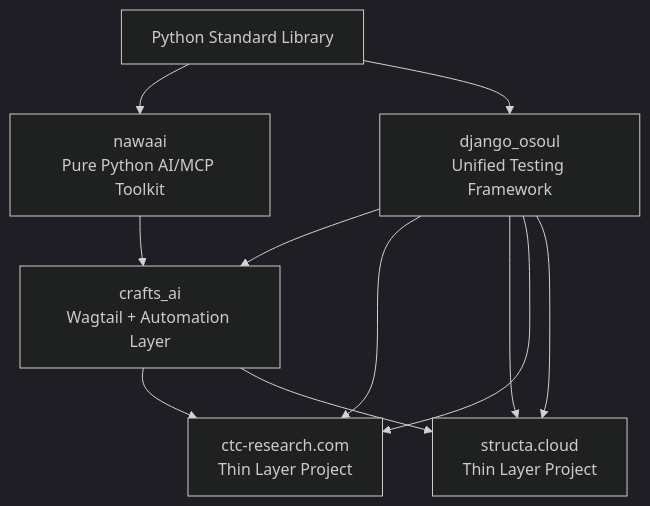
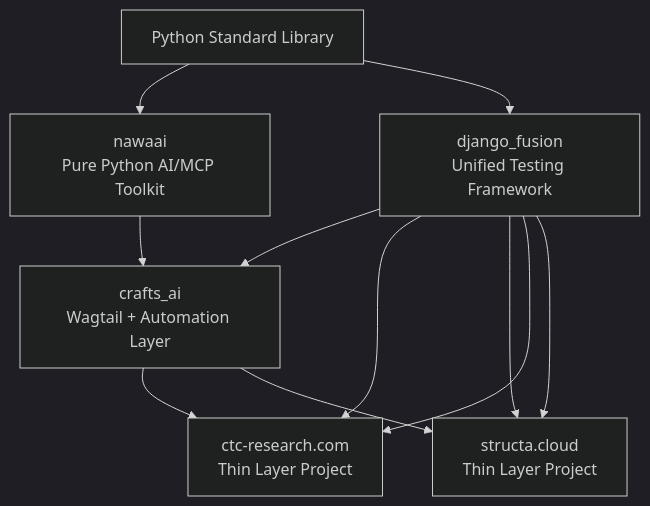
One commit to mammhoud/django-fusion changed the diagram in docs/ecosystem/architecture/architecture.md. Above: the diagram before and after it, drawn with Mermaid (dark theme). The commit also changed other lines of this file and 1196 other files, not shown here.

Commit message:
chore: rename django-osoul to django-fusion throughout

````diff
--- a/docs/ecosystem/architecture/architecture.md
+++ b/docs/ecosystem/architecture/architecture.md
@@ -5,21 +5,21 @@
 ```mermaid
 graph TD
     stdlib[Python Standard Library]
     nawaai[nawaai\nPure Python AI/MCP Toolkit]
-    django_osoul[django_osoul\nPure Django Foundation]
+    django_fusion[django_fusion\nPure Django Foundation]
     crafts_ai[crafts_ai\nWagtail + Automation Layer]
-    django_osoul[django_osoul\nUnified Testing Framework]
+    django_fusion[django_fusion\nUnified Testing Framework]
     ctc[ctc-research.com\nThin Layer Project]
     structa[structa.cloud\nThin Layer Project]
 
     stdlib --> nawaai
-    stdlib --> django_osoul
+    stdlib --> django_fusion
     nawaai --> crafts_ai
-    django_osoul --> crafts_ai
-    django_osoul --> ctc
-    django_osoul --> structa
+    django_fusion --> crafts_ai
+    django_fusion --> ctc
+    django_fusion --> structa
     crafts_ai --> ctc
     crafts_ai --> structa
-    django_osoul --> ctc
-    django_osoul --> structa
+    django_fusion --> ctc
+    django_fusion --> structa
 ```
````
